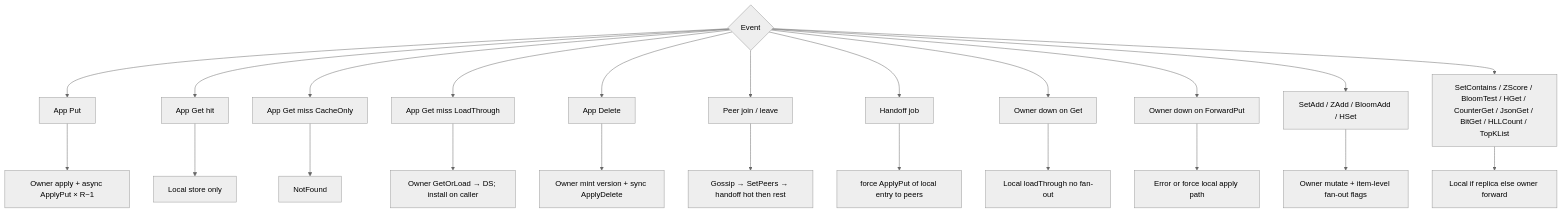
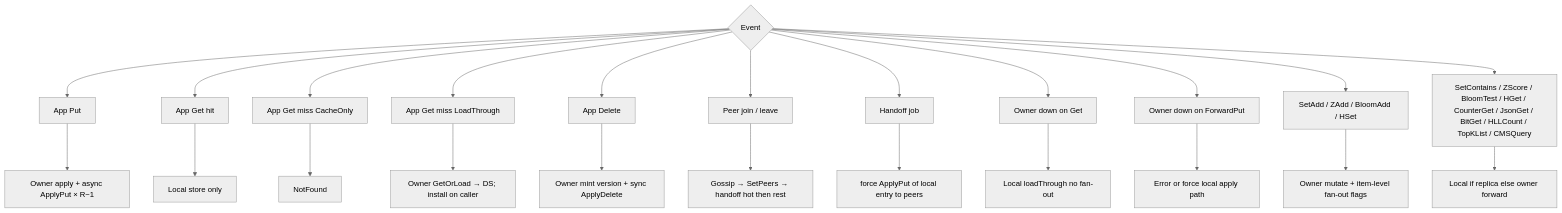
Diagram 18 of 18 in docs/CLUSTER_FLOWS.md (Code0987/supercache), drawn with Mermaid (neutral theme) before and after one commit. The commit also changed other lines of this file and 43 other files, not shown here.

````diff
--- a/docs/CLUSTER_FLOWS.md
+++ b/docs/CLUSTER_FLOWS.md
@@ -403,26 +404,26 @@
 ```mermaid
 flowchart TD
   E{"Event"} --> E1["App Put"]
   E --> E2["App Get hit"]
   E --> E3["App Get miss CacheOnly"]
   E --> E4["App Get miss LoadThrough"]
   E --> E5["App Delete"]
   E --> E6["Peer join / leave"]
   E --> E7["Handoff job"]
   E --> E8["Owner down on Get"]
   E --> E9["Owner down on ForwardPut"]
   E --> E10["SetAdd / ZAdd / BloomAdd / HSet"]
-  E --> E11["SetContains / ZScore / BloomTest / HGet / CounterGet / JsonGet / BitGet / HLLCount / TopKList"]
+  E --> E11["SetContains / ZScore / BloomTest / HGet / CounterGet / JsonGet / BitGet / HLLCount / TopKList / CMSQuery"]
 
   E1 --> A1["Owner apply + async ApplyPut × R−1"]
   E2 --> A2["Local store only"]
   E3 --> A3["NotFound"]
   E4 --> A4["Owner GetOrLoad → DS; install on caller"]
   E5 --> A5["Owner mint version + sync ApplyDelete"]
   E6 --> A6["Gossip → SetPeers → handoff hot then rest"]
   E7 --> A7["force ApplyPut of local entry to peers"]
   E8 --> A8["Local loadThrough no fan-out"]
   E9 --> A9["Error or force local apply path"]
   E10 --> A10["Owner mutate + item-level fan-out flags"]
   E11 --> A11["Local if replica else owner forward"]
 ```
````
